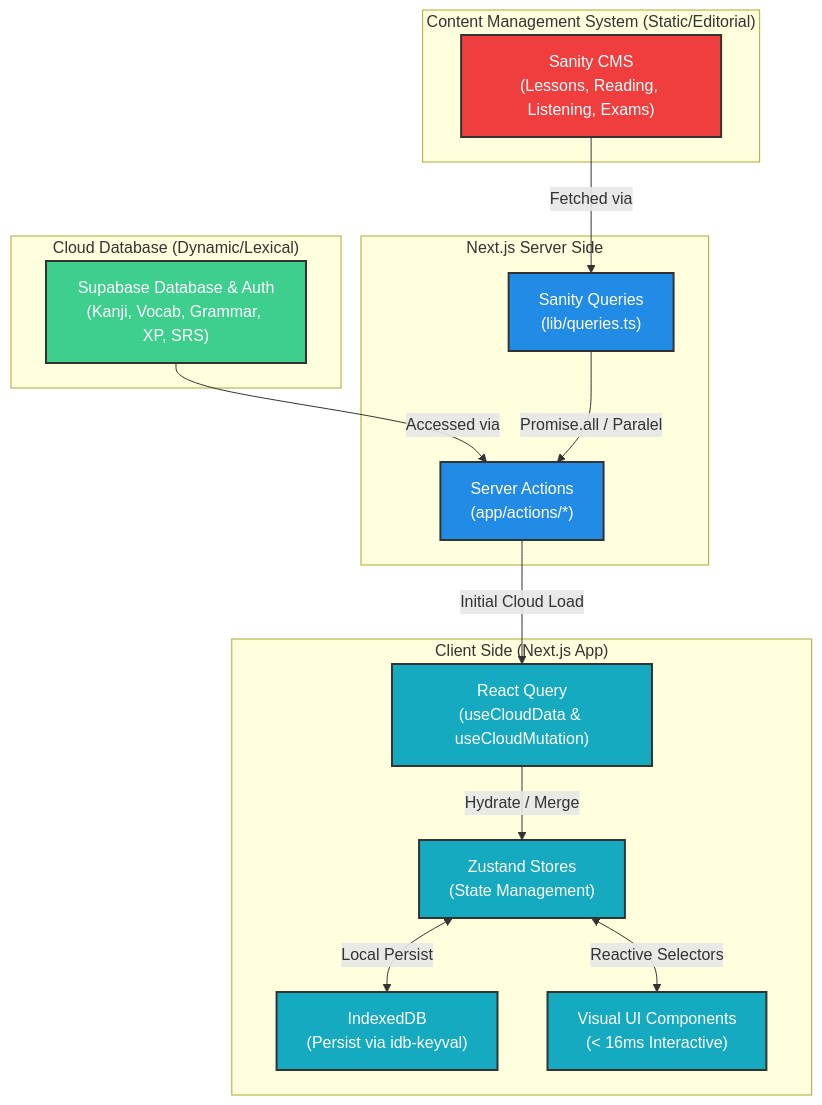
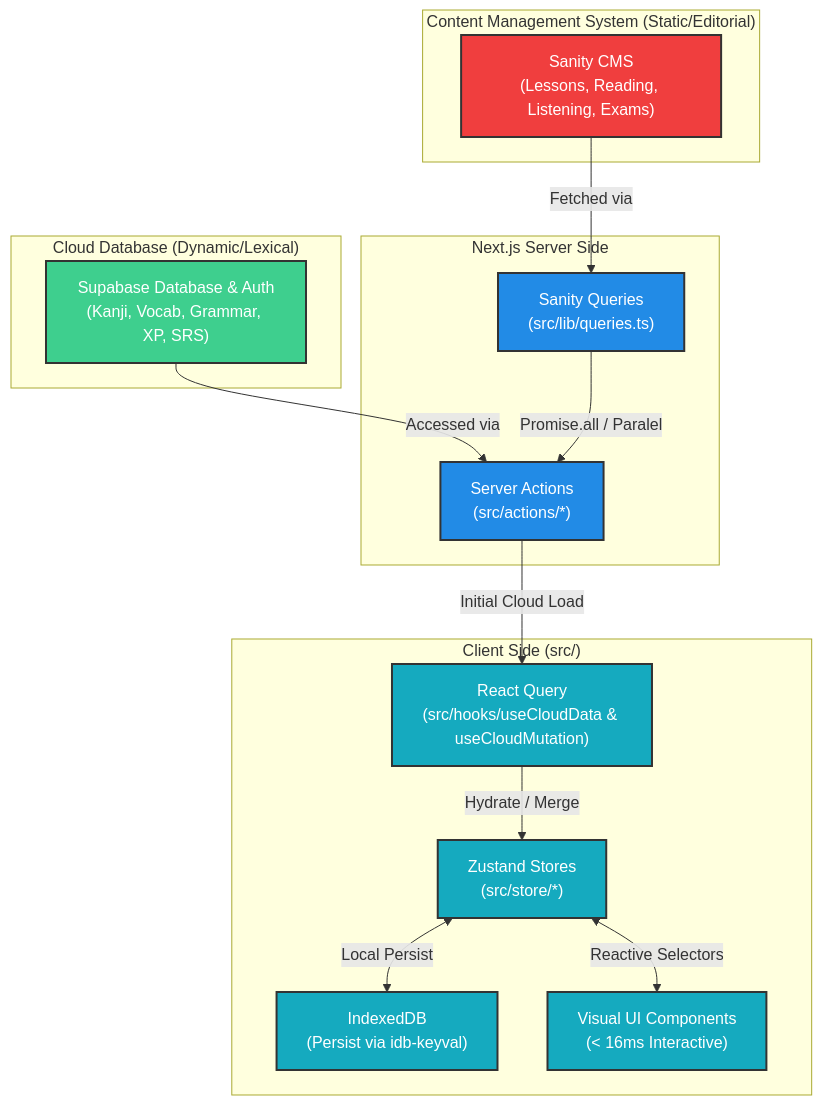
Before and after one commit to zan-118/nihongoroute: the first of 4 diagrams in architecture_visual.md, drawn with Mermaid. The commit also changed other lines of this file and 99 other files, not shown here.

````diff
--- a/architecture_visual.md
+++ b/architecture_visual.md
@@ -11,44 +11,44 @@
 ```mermaid
 graph TD
     %% Nodes
     subgraph CMS ["Content Management System (Static/Editorial)"]
         Sanity["Sanity CMS<br/>(Lessons, Reading, Listening, Exams)"]
     end
 
     subgraph CloudDB ["Cloud Database (Dynamic/Lexical)"]
         Supabase["Supabase Database & Auth<br/>(Kanji, Vocab, Grammar, XP, SRS)"]
     end
 
     subgraph Server ["Next.js Server Side"]
-        Actions["Server Actions<br/>(app/actions/*)"]
-        Queries["Sanity Queries<br/>(lib/queries.ts)"]
+        Actions["Server Actions<br/>(src/actions/*)"]
+        Queries["Sanity Queries<br/>(src/lib/queries.ts)"]
     end
 
-    subgraph Client ["Client Side (Next.js App)"]
-        Zustand["Zustand Stores<br/>(State Management)"]
-        RQ["React Query<br/>(useCloudData & useCloudMutation)"]
+    subgraph Client ["Client Side (src/)"]
+        Zustand["Zustand Stores<br/>(src/store/*)"]
+        RQ["React Query<br/>(src/hooks/useCloudData & useCloudMutation)"]
         IDB["IndexedDB<br/>(Persist via idb-keyval)"]
         UI["Visual UI Components<br/>(< 16ms Interactive)"]
     end
 
     %% Flows
     Sanity -->|Fetched via| Queries
     Supabase -->|Accessed via| Actions
     
     Queries -->|Promise.all / Paralel| Actions
     Actions -->|Initial Cloud Load| RQ
     RQ -->|Hydrate / Merge| Zustand
     Zustand <-->|Local Persist| IDB
     Zustand <-->|Reactive Selectors| UI
     
     %% Styling
     classDef sanity fill:#f03e3e,stroke:#333,stroke-width:2px,color:#fff;
     classDef supabase fill:#3ecf8e,stroke:#333,stroke-width:2px,color:#fff;
     classDef server fill:#228be6,stroke:#333,stroke-width:2px,color:#fff;
     classDef client fill:#15aabf,stroke:#333,stroke-width:2px,color:#fff;
     
     class Sanity sanity;
     class Supabase supabase;
     class Actions,Queries server;
     class Zustand,RQ,IDB,UI client;
 ```
````
